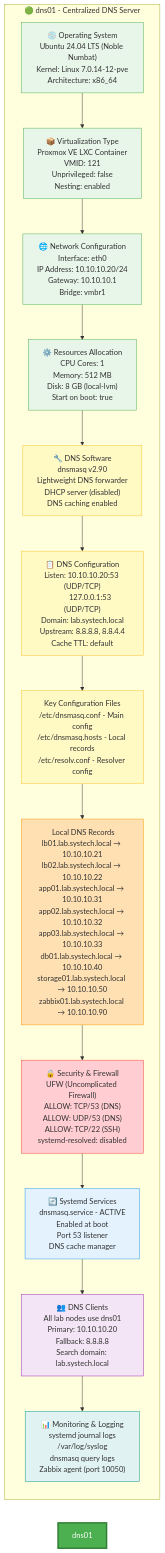
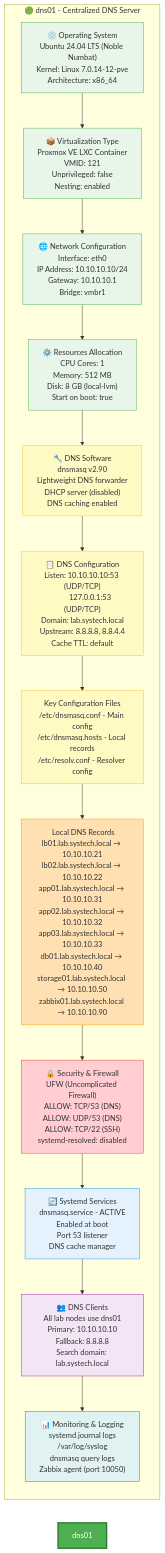
The second of 2 diagrams in SYSTECH-HA-001—Enterprise_Linux_HA_Infrastructure/ansible/roles/role_systech_infra/tasks/dns/README.md (jensygomez/Labs), drawn with Mermaid before and after one commit. The commit also changed other lines of this file and 9 other files, not shown here.

````diff
--- a/SYSTECH-HA-001—Enterprise_Linux_HA_Infrastructure/ansible/roles/role_systech_infra/tasks/dns/README.md
+++ b/SYSTECH-HA-001—Enterprise_Linux_HA_Infrastructure/ansible/roles/role_systech_infra/tasks/dns/README.md
@@ -99,54 +99,54 @@
 ```mermaid
 graph LR
     subgraph "🟢 dns01 - Centralized DNS Server"
         direction TB
         
         OS["💿 Operating System<br/>Ubuntu 24.04 LTS (Noble Numbat)<br/>Kernel: Linux 7.0.14-12-pve<br/>Architecture: x86_64"]
         
         TYPE["📦 Virtualization Type<br/>Proxmox VE LXC Container<br/>VMID: 121<br/>Unprivileged: false<br/>Nesting: enabled"]
         
-        NETWORK["🌐 Network Configuration<br/>Interface: eth0<br/>IP Address: 10.10.10.20/24<br/>Gateway: 10.10.10.1<br/>Bridge: vmbr1"]
+        NETWORK["🌐 Network Configuration<br/>Interface: eth0<br/>IP Address: 10.10.10.10/24<br/>Gateway: 10.10.10.1<br/>Bridge: vmbr1"]
         
         RESOURCES["⚙️ Resources Allocation<br/>CPU Cores: 1<br/>Memory: 512 MB<br/>Disk: 8 GB (local-lvm)<br/>Start on boot: true"]
         
         DNS_APP["🔧 DNS Software<br/>dnsmasq v2.90<br/>Lightweight DNS forwarder<br/>DHCP server (disabled)<br/>DNS caching enabled"]
         
-        DNS_CONFIG["📋 DNS Configuration<br/>Listen: 10.10.10.20:53 (UDP/TCP)<br/>         127.0.0.1:53 (UDP/TCP)<br/>Domain: lab.systech.local<br/>Upstream: 8.8.8.8, 8.8.4.4<br/>Cache TTL: default"]
+        DNS_CONFIG["📋 DNS Configuration<br/>Listen: 10.10.10.10:53 (UDP/TCP)<br/>         127.0.0.1:53 (UDP/TCP)<br/>Domain: lab.systech.local<br/>Upstream: 8.8.8.8, 8.8.4.4<br/>Cache TTL: default"]
         
         DNS_FILES[" Key Configuration Files<br/>/etc/dnsmasq.conf - Main config<br/>/etc/dnsmasq.hosts - Local records<br/>/etc/resolv.conf - Resolver config"]
         
         LOCAL_RECORDS["️ Local DNS Records<br/>lb01.lab.systech.local → 10.10.10.21<br/>lb02.lab.systech.local → 10.10.10.22<br/>app01.lab.systech.local → 10.10.10.31<br/>app02.lab.systech.local → 10.10.10.32<br/>app03.lab.systech.local → 10.10.10.33<br/>db01.lab.systech.local → 10.10.10.40<br/>storage01.lab.systech.local → 10.10.10.50<br/>zabbix01.lab.systech.local → 10.10.10.90"]
         
         SECURITY["🔒 Security & Firewall<br/>UFW (Uncomplicated Firewall)<br/>ALLOW: TCP/53 (DNS)<br/>ALLOW: UDP/53 (DNS)<br/>ALLOW: TCP/22 (SSH)<br/>systemd-resolved: disabled"]
         
         SERVICES["🔄 Systemd Services<br/>dnsmasq.service - ACTIVE<br/>Enabled at boot<br/>Port 53 listener<br/>DNS cache manager"]
         
-        CLIENTS["👥 DNS Clients<br/>All lab nodes use dns01<br/>Primary: 10.10.10.20<br/>Fallback: 8.8.8.8<br/>Search domain: lab.systech.local"]
+        CLIENTS["👥 DNS Clients<br/>All lab nodes use dns01<br/>Primary: 10.10.10.10<br/>Fallback: 8.8.8.8<br/>Search domain: lab.systech.local"]
         
         MONITORING["📊 Monitoring & Logging<br/>systemd journal logs<br/>/var/log/syslog<br/>dnsmasq query logs<br/>Zabbix agent (port 10050)"]
     end
 
     OS --> TYPE --> NETWORK --> RESOURCES
     RESOURCES --> DNS_APP
     DNS_APP --> DNS_CONFIG
     DNS_CONFIG --> DNS_FILES
     DNS_FILES --> LOCAL_RECORDS
     LOCAL_RECORDS --> SECURITY
     SECURITY --> SERVICES
     SERVICES --> CLIENTS
     CLIENTS --> MONITORING
 
     style dns01 fill:#4CAF50,stroke:#2E7D32,color:#fff,stroke-width:3px
     style OS fill:#E8F5E9,stroke:#4CAF50
     style TYPE fill:#E8F5E9,stroke:#4CAF50
     style NETWORK fill:#E8F5E9,stroke:#4CAF50
     style RESOURCES fill:#E8F5E9,stroke:#4CAF50
     style DNS_APP fill:#FFF9C4,stroke:#FBC02D
     style DNS_CONFIG fill:#FFF9C4,stroke:#FBC02D
     style DNS_FILES fill:#FFF9C4,stroke:#FBC02D
     style LOCAL_RECORDS fill:#FFE0B2,stroke:#FF9800
     style SECURITY fill:#FFCDD2,stroke:#F44336
     style SERVICES fill:#E3F2FD,stroke:#2196F3
     style CLIENTS fill:#F3E5F5,stroke:#9C27B0
     style MONITORING fill:#E0F2F1,stroke:#009688
 ```
````
